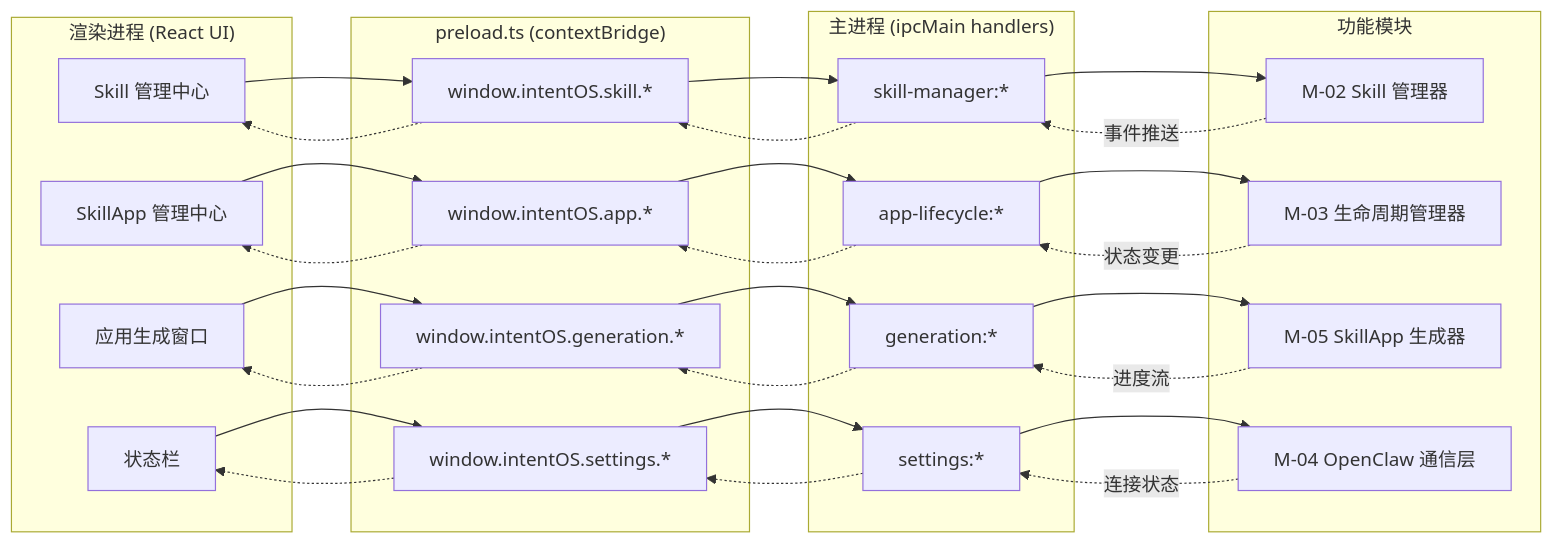
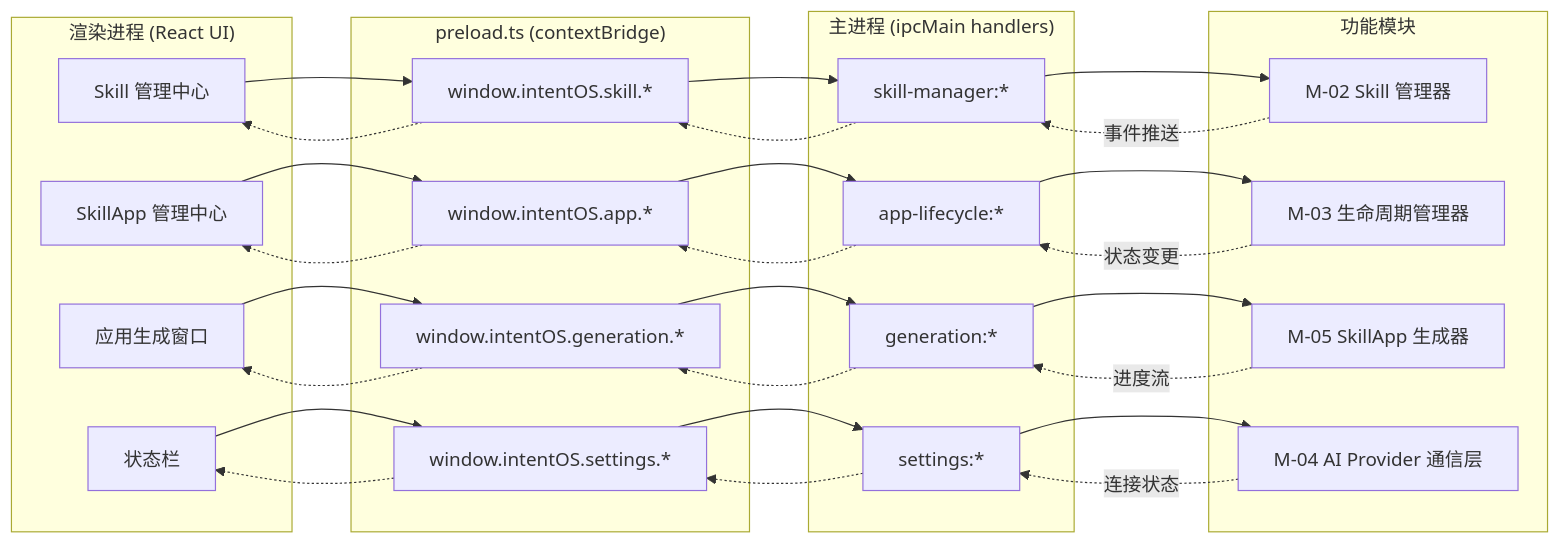
Before and after one commit to digimads-lab/intent-os: the second of 6 diagrams in docs/spec/electron-spec.md, drawn with Mermaid. The commit also changed other lines of this file, not shown here.

````diff
--- a/docs/spec/electron-spec.md
+++ b/docs/spec/electron-spec.md
@@ -392,40 +392,40 @@
 ```mermaid
 flowchart LR
     subgraph Renderer["渲染进程 (React UI)"]
         R1["Skill 管理中心"]
         R2["SkillApp 管理中心"]
         R3["应用生成窗口"]
         R4["状态栏"]
     end
 
     subgraph Preload["preload.ts (contextBridge)"]
         P1["window.intentOS.skill.*"]
         P2["window.intentOS.app.*"]
         P3["window.intentOS.generation.*"]
         P4["window.intentOS.settings.*"]
     end
 
     subgraph Main["主进程 (ipcMain handlers)"]
         M1["skill-manager:*"]
         M2["app-lifecycle:*"]
         M3["generation:*"]
         M4["settings:*"]
     end
 
     subgraph Modules["功能模块"]
         Mod1["M-02 Skill 管理器"]
         Mod2["M-03 生命周期管理器"]
         Mod3["M-05 SkillApp 生成器"]
-        Mod4["M-04 OpenClaw 通信层"]
+        Mod4["M-04 AI Provider 通信层"]
     end
 
     R1 --> P1 --> M1 --> Mod1
     R2 --> P2 --> M2 --> Mod2
     R3 --> P3 --> M3 --> Mod3
     R4 --> P4 --> M4 --> Mod4
 
     Mod1 -.->|"事件推送"| M1 -.-> P1 -.-> R1
     Mod2 -.->|"状态变更"| M2 -.-> P2 -.-> R2
     Mod3 -.->|"进度流"| M3 -.-> P3 -.-> R3
     Mod4 -.->|"连接状态"| M4 -.-> P4 -.-> R4
 ```
````
